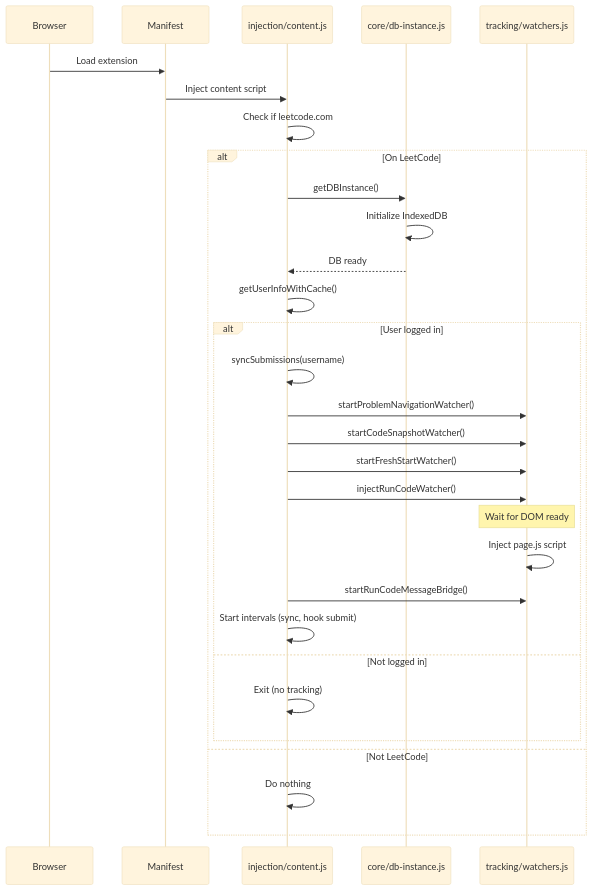
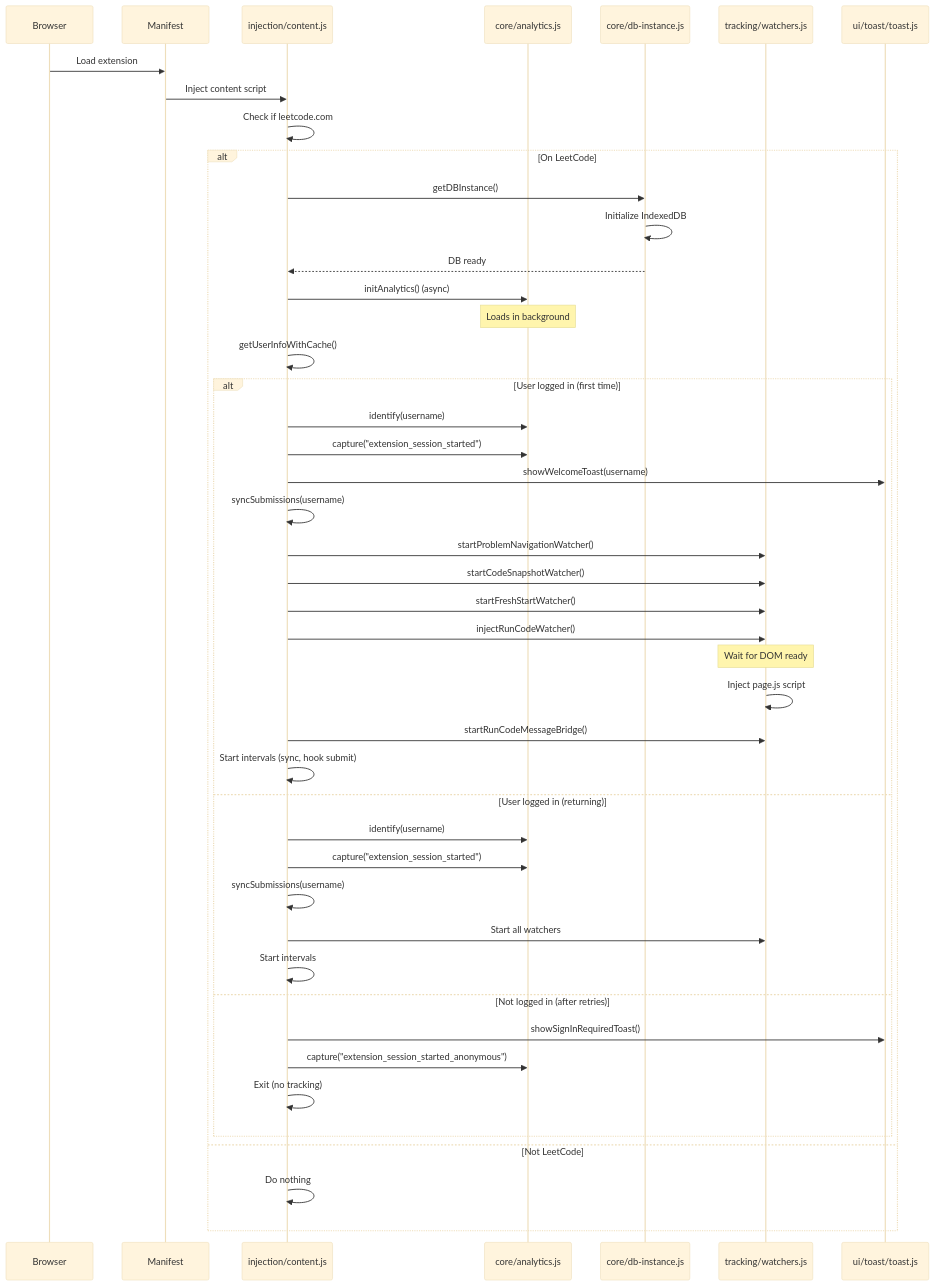
Diagram 12 of 12 in docs/ARCHITECTURE.md (dmiska25/leet-tracker-extension), drawn with Mermaid (base theme) before and after one commit. The commit also changed other lines of this file and 3 other files, not shown here.

````diff
--- a/docs/ARCHITECTURE.md
+++ b/docs/ARCHITECTURE.md
@@ -600,40 +721,55 @@
 ```mermaid
 sequenceDiagram
     participant Browser
     participant Manifest
     participant Content as injection/content.js
+    participant Analytics as core/analytics.js
     participant DBInit as core/db-instance.js
     participant Watchers as tracking/watchers.js
+    participant Toast as ui/toast/toast.js
     
     Browser->>Manifest: Load extension
     Manifest->>Content: Inject content script
     
     Content->>Content: Check if leetcode.com
     
     alt On LeetCode
         Content->>DBInit: getDBInstance()
         DBInit->>DBInit: Initialize IndexedDB
         DBInit-->>Content: DB ready
         
+        Content->>Analytics: initAnalytics() (async)
+        Note over Analytics: Loads in background
+        
         Content->>Content: getUserInfoWithCache()
         
-        alt User logged in
+        alt User logged in (first time)
+            Content->>Analytics: identify(username)
+            Content->>Analytics: capture("extension_session_started")
+            Content->>Toast: showWelcomeToast(username)
             Content->>Content: syncSubmissions(username)
             Content->>Watchers: startProblemNavigationWatcher()
             Content->>Watchers: startCodeSnapshotWatcher()
             Content->>Watchers: startFreshStartWatcher()
             Content->>Watchers: injectRunCodeWatcher()
             
             Note over Watchers: Wait for DOM ready
             Watchers->>Watchers: Inject page.js script
             
             Content->>Watchers: startRunCodeMessageBridge()
-            
             Content->>Content: Start intervals (sync, hook submit)
-        else Not logged in
+        else User logged in (returning)
+            Content->>Analytics: identify(username)
+            Content->>Analytics: capture("extension_session_started")
+            Content->>Content: syncSubmissions(username)
+            Content->>Watchers: Start all watchers
+            Content->>Content: Start intervals
+        else Not logged in (after retries)
+            Content->>Toast: showSignInRequiredToast()
+            Content->>Analytics: capture("extension_session_started_anonymous")
             Content->>Content: Exit (no tracking)
         end
     else Not LeetCode
         Content->>Content: Do nothing
     end
 ```
````
